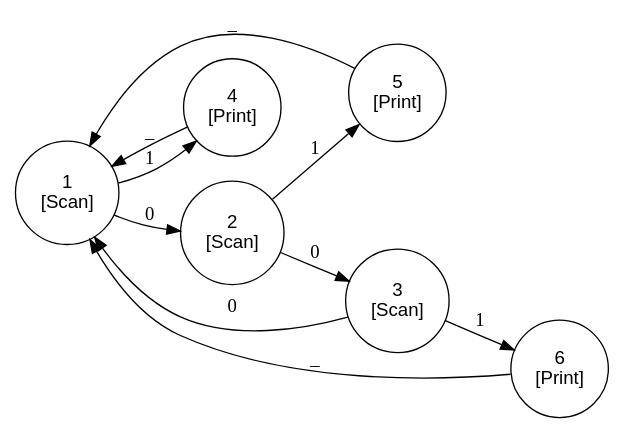
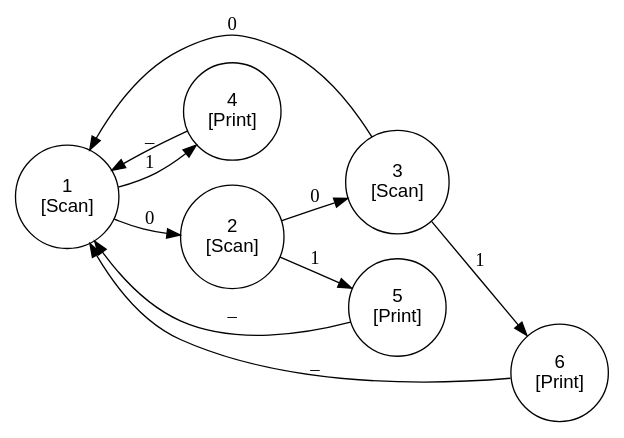
Before and after one commit to kokobabe99/turing_point: the diagram in dots/trans.dot, drawn with Graphviz. The commit also changed other lines of this file and 10 other files, not shown here.

```diff
--- a/dots/trans.dot
+++ b/dots/trans.dot
@@ -1,18 +1,18 @@
 digraph FSM {
   rankdir=LR; node [shape=circle, fontname="Arial"];
   1 [label="1\n[Scan]", shape=circle];
   1 -> 2 [label="0"];
   1 -> 4 [label="1"];
   2 [label="2\n[Scan]", shape=circle];
+  2 -> 5 [label="1"];
   2 -> 3 [label="0"];
-  2 -> 5 [label="1"];
   3 [label="3\n[Scan]", shape=circle];
   3 -> 1 [label="0"];
   3 -> 6 [label="1"];
   4 [label="4\n[Print]", shape=circle];
   4 -> 1 [label="_"];
   5 [label="5\n[Print]", shape=circle];
   5 -> 1 [label="_"];
   6 [label="6\n[Print]", shape=circle];
   6 -> 1 [label="_"];
 }
```
